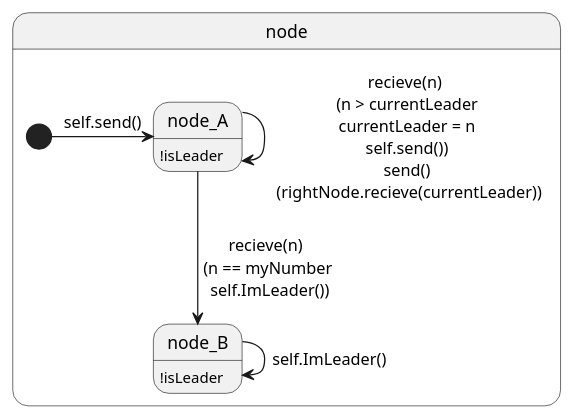
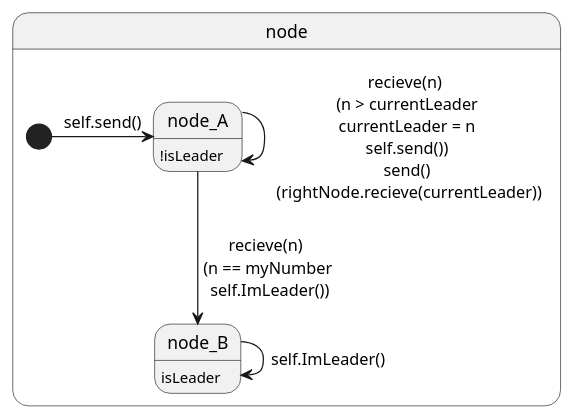
One commit to gnowin/UML-To-Rebecca-Dataset changed the diagram in ModelTranslations/LCRLeader/LCRLeader.plantuml. Above: the diagram before and after it, drawn with PlantUML.

Commit message:
LCRLeader now has the proper state variable

```diff
--- a/ModelTranslations/LCRLeader/LCRLeader.plantuml
+++ b/ModelTranslations/LCRLeader/LCRLeader.plantuml
@@ -1,17 +1,17 @@
 @startuml
 
 hide empty description
 
 state node{
     state node_A : !isLeader
 
-    state node_B : !isLeader
+    state node_B : isLeader
 
     [*] -> node_A : self.send()
     node_A -> node_A : recieve(n) \n (n > currentLeader \n currentLeader = n \n self.send()) \n send() \n (rightNode.recieve(currentLeader))
     node_A --> node_B : recieve(n) \n (n == myNumber \n self.ImLeader())
     node_B -> node_B : self.ImLeader()
 
 }
 
 @enduml
```
